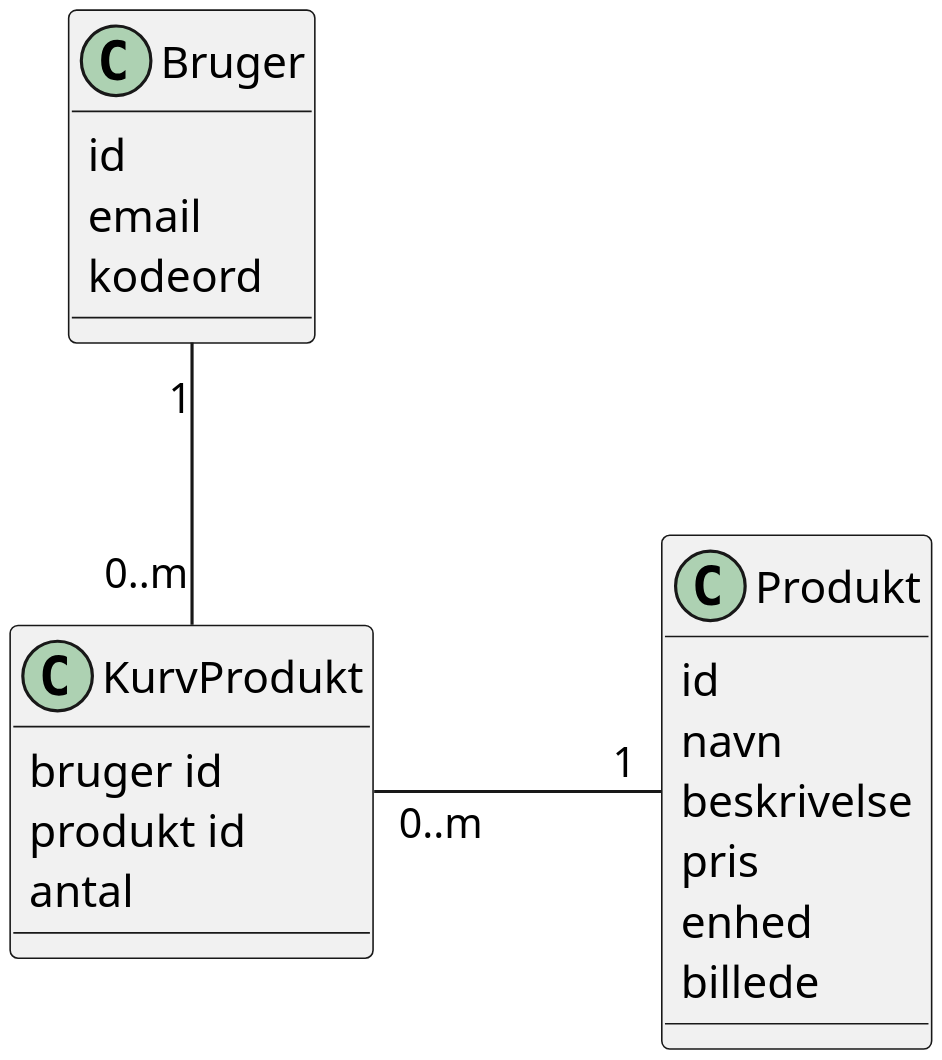
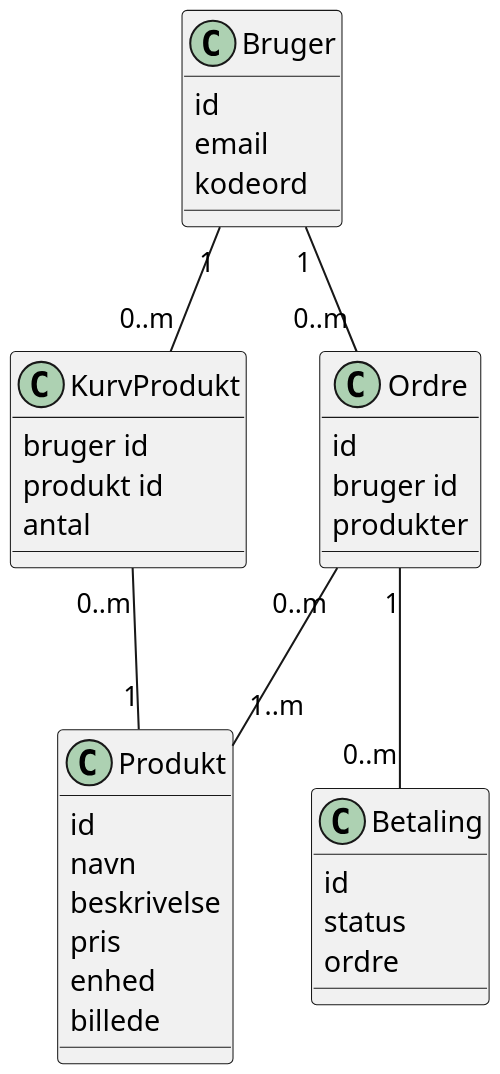
The diagram in diagram/domain-model.puml (sofush/grontsag), drawn with PlantUML before and after one commit. The commit also changed 1 other file, not shown here.

Commit message:
docs: update class diagram and domain model

```diff
--- a/diagram/domain-model.puml
+++ b/diagram/domain-model.puml
@@ -1,28 +1,41 @@
 @startuml domain model
 scale 1920*1080
 
 ' Conceptual classes
 class Produkt {
   id
   navn
   beskrivelse
   pris
   enhed
   billede
 }
 class KurvProdukt {
   bruger id
   produkt id
   antal
 }
 class Bruger {
   id
   email
   kodeord
 }
+class Ordre {
+  id
+  bruger id
+  produkter
+}
+class Betaling {
+  id
+  status
+  ordre
+}
 
 ' Relationships
-KurvProdukt "0..m" -r- "1" Produkt: \t\t
+KurvProdukt "0..m" -- "1" Produkt: \t\t
 Bruger "1" -- "0..m" KurvProdukt
+Ordre "0..m" -- "1..m" Produkt
+Ordre "1" -- "0..m" Betaling
+Bruger "1" -- "0..m" Ordre
 
 @enduml
```
